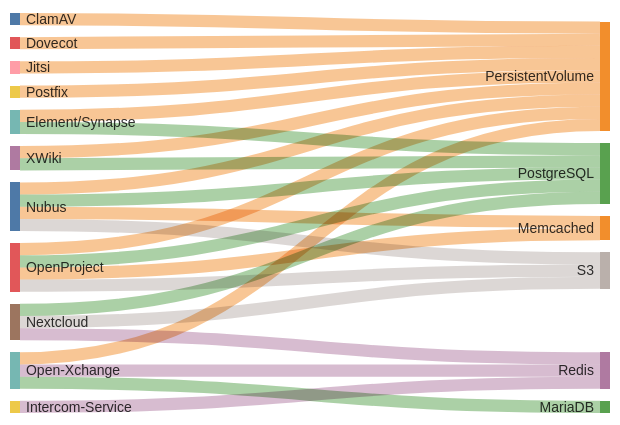
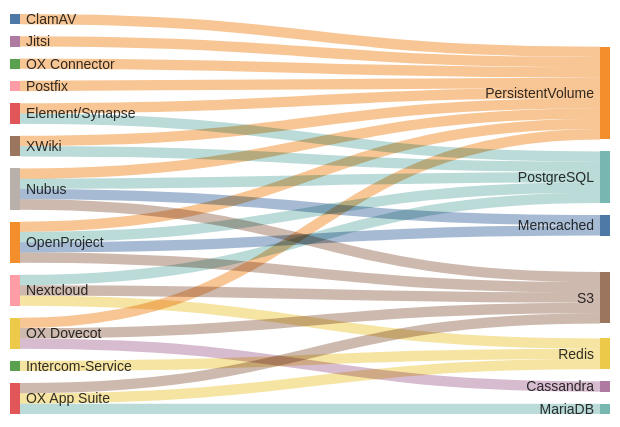
One commit to tobias-weiss-ai-xr/opendesk-edu changed the diagram in docs/data-storage.md. Above: the diagram before and after it, drawn with Mermaid. The commit also changed other lines of this file, not shown here.

````diff
--- a/docs/data-storage.md
+++ b/docs/data-storage.md
@@ -23,43 +23,47 @@
 ```mermaid
 ---
 config:
   sankey:
     showValues: false
     linkColor: target
 ---
 sankey-beta
 
 ClamAV,PersistentVolume,1
-
-Dovecot,PersistentVolume,1
 
 Element/Synapse,PostgreSQL,1
 Element/Synapse,PersistentVolume,1
 
 Intercom-Service,Redis,1
 
 Jitsi,PersistentVolume,1
 
 Nextcloud,PostgreSQL,1
 Nextcloud,S3,1
 Nextcloud,Redis,1
 
 Nubus,PostgreSQL,1
 Nubus,S3,1
 Nubus,PersistentVolume,1
 Nubus,Memcached,1
 
 OpenProject,PostgreSQL,1
 OpenProject,S3,1
 OpenProject,PersistentVolume,1
 OpenProject,Memcached,1
 
-Open-Xchange,MariaDB,1
-Open-Xchange,PersistentVolume,1
-Open-Xchange,Redis,1
+OX App Suite,MariaDB,1
+OX App Suite,Redis,1
+OX App Suite,S3,1
+
+OX Connector,PersistentVolume,1
+
+OX Dovecot,Cassandra,1
+OX Dovecot,PersistentVolume,1
+OX Dovecot,S3,1
 
 Postfix,PersistentVolume,1
 
 XWiki,PostgreSQL,1
 XWiki,PersistentVolume,1
 ```
````
